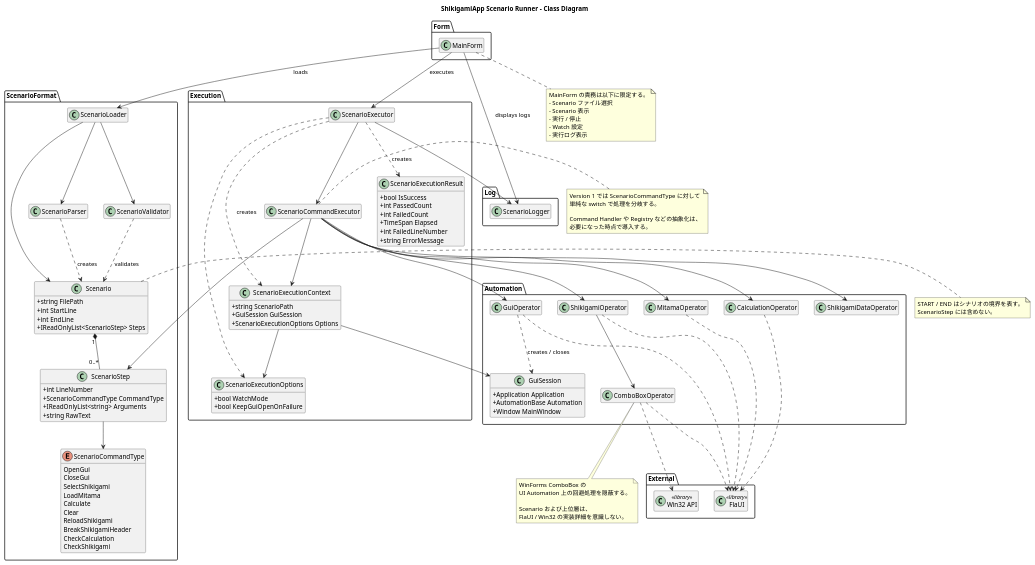
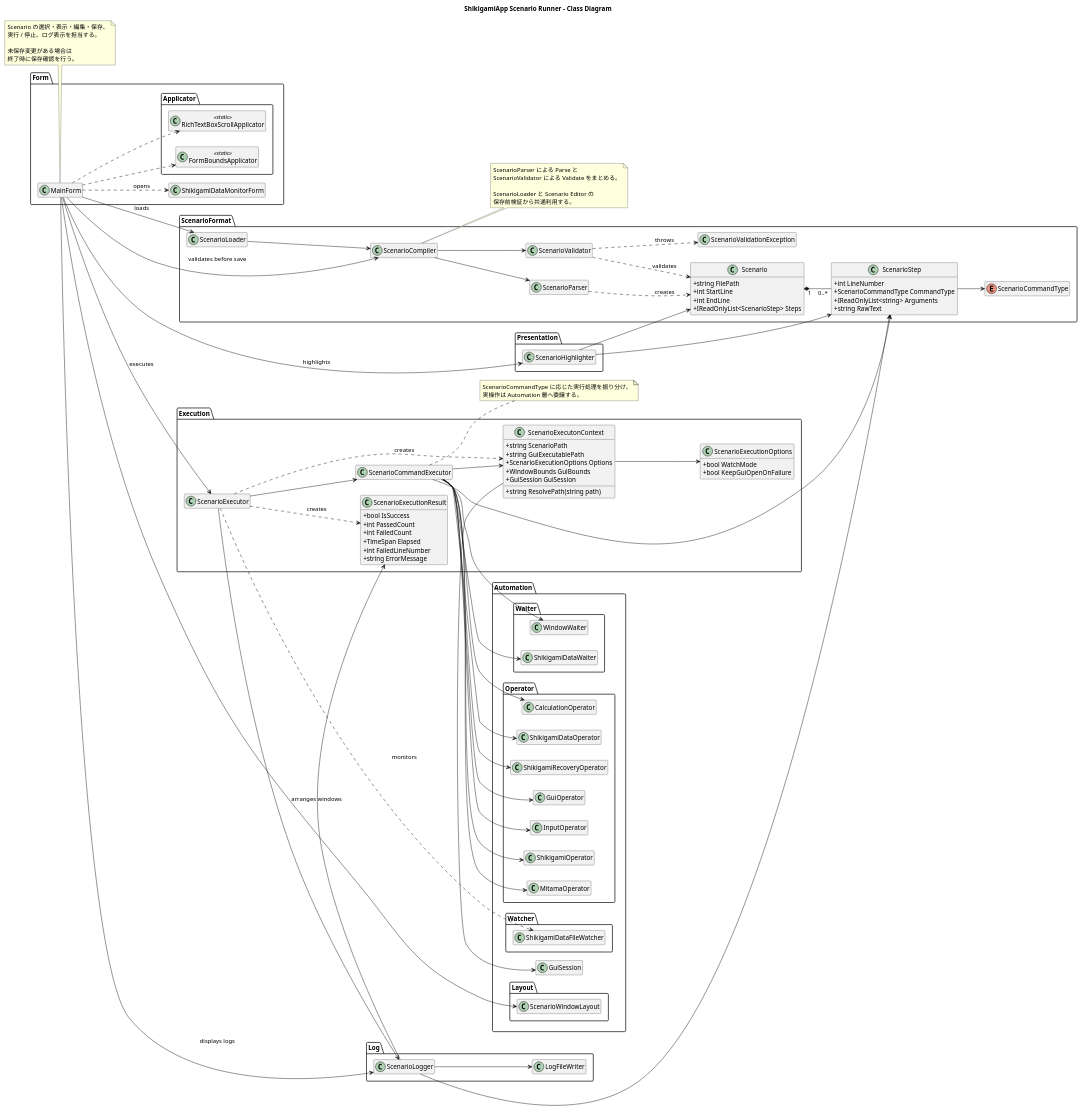
Before and after one commit to Staraptor0398/ShikigamiStatusCalculator: the diagram in Document/ScenarioRunner/Diagram/class_diagram.wsd, drawn with PlantUML. The commit also changed 3 other files, not shown here.

Commit message:
Split Scenario Runner class diagrams

```diff
--- a/Document/ScenarioRunner/Diagram/class_diagram.wsd
+++ b/Document/ScenarioRunner/Diagram/class_diagram.wsd
@@ -1,176 +1,189 @@
 @startuml
 
 title ShikigamiApp Scenario Runner - Class Diagram
 
 skinparam classAttributeIconSize 0
 hide empty members
+left to right direction
 
 package "Form" {
-   class MainForm
+class MainForm
+class ShikigamiDataMonitorForm
+
+package "Applicator" {
+class FormBoundsApplicator <<static>>
+class RichTextBoxScrollApplicator <<static>>
+}
 }
 
 package "ScenarioFormat" {
-   class Scenario {
-       + string FilePath
-       + int StartLine
-       + int EndLine
-       + IReadOnlyList<ScenarioStep> Steps
-   }
-   class ScenarioStep {
-       + int LineNumber
-       + ScenarioCommandType CommandType
-       + IReadOnlyList<string> Arguments
-       + string RawText
-   }
-   enum ScenarioCommandType {
-       OpenGui
-       CloseGui
-       SelectShikigami
-       LoadMitama
-       Calculate
-       Clear
-       ReloadShikigami
-       BreakShikigamiHeader
-       CheckCalculation
-       CheckShikigami
-   }
-   class ScenarioLoader
-   class ScenarioParser
-   class ScenarioValidator
+class Scenario {
++ string FilePath
++ int StartLine
++ int EndLine
++ IReadOnlyList<ScenarioStep> Steps
+}
+
+class ScenarioStep {
++ int LineNumber
++ ScenarioCommandType CommandType
++ IReadOnlyList<string> Arguments
++ string RawText
+}
+
+enum ScenarioCommandType
+
+class ScenarioLoader
+class ScenarioCompiler
+class ScenarioParser
+class ScenarioValidator
+class ScenarioValidationException
 }
 
 package "Execution" {
-   class ScenarioExecutor
-   class ScenarioCommandExecutor
-   class ScenarioExecutionContext {
-       + string ScenarioPath
-       + GuiSession GuiSession
-       + ScenarioExecutionOptions Options
-   }
-   class ScenarioExecutionOptions {
-       + bool WatchMode
-       + bool KeepGuiOpenOnFailure
-   }
-   class ScenarioExecutionResult {
-       + bool IsSuccess
-       + int PassedCount
-       + int FailedCount
-       + TimeSpan Elapsed
-       + int FailedLineNumber
-       + string ErrorMessage
-   }
+class ScenarioExecutor
+class ScenarioCommandExecutor
+
+class ScenarioExecutonContext {
++ string ScenarioPath
++ string GuiExecutablePath
++ ScenarioExecutionOptions Options
++ WindowBounds GuiBounds
++ GuiSession GuiSession
++ string ResolvePath(string path)
+}
+
+class ScenarioExecutionOptions {
++ bool WatchMode
++ bool KeepGuiOpenOnFailure
+}
+
+class ScenarioExecutionResult {
++ bool IsSuccess
++ int PassedCount
++ int FailedCount
++ TimeSpan Elapsed
++ int FailedLineNumber
++ string ErrorMessage
+}
 }
 
 package "Automation" {
-   class GuiSession {
-       + Application Application
-       + AutomationBase Automation
-       + Window MainWindow
-   }
-   class GuiOperator
-   class ShikigamiOperator
-   class MitamaOperator
-   class CalculationOperator
-   class ShikigamiDataOperator
-   class ComboBoxOperator
+class GuiSession
+
+package "Layout" {
+class ScenarioWindowLayout
+}
+
+package "Operator" {
+class GuiOperator
+class InputOperator
+class ShikigamiOperator
+class MitamaOperator
+class CalculationOperator
+class ShikigamiDataOperator
+class ShikigamiRecoveryOperator
+}
+
+package "Waiter" {
+class WindowWaiter
+class ShikigamiDataWaiter
+}
+
+package "Watcher" {
+class ShikigamiDataFileWatcher
+}
+}
+
+package "Presentation" {
+class ScenarioHighlighter
 }
 
 package "Log" {
-   class ScenarioLogger
-}
-
-package "External" {
-   class "FlaUI" as FlaUI <<library>>
-   class "Win32 API" as Win32 <<library>>
+class ScenarioLogger
+class LogFileWriter
 }
 
 ' ========================================
 ' Form
 ' ========================================
 MainForm --> ScenarioLoader : loads
+MainForm --> ScenarioCompiler : validates before save
 MainForm --> ScenarioExecutor : executes
 MainForm --> ScenarioLogger : displays logs
+MainForm --> ScenarioHighlighter : highlights
+MainForm --> ScenarioWindowLayout : arranges windows
+MainForm ..> FormBoundsApplicator
+MainForm ..> RichTextBoxScrollApplicator
+MainForm ..> ShikigamiDataMonitorForm : opens
 
 ' ========================================
-' Scenario
+' ScenarioFormat
 ' ========================================
-ScenarioLoader --> ScenarioParser
-ScenarioLoader --> ScenarioValidator
-ScenarioLoader --> Scenario
+ScenarioLoader --> ScenarioCompiler
+ScenarioCompiler --> ScenarioParser
+ScenarioCompiler --> ScenarioValidator
 
 Scenario "1" *-- "0..*" ScenarioStep
 ScenarioStep --> ScenarioCommandType
 
 ScenarioParser ..> Scenario : creates
 ScenarioValidator ..> Scenario : validates
+ScenarioValidator ..> ScenarioValidationException : throws
 
 ' ========================================
 ' Execution
 ' ========================================
 ScenarioExecutor --> ScenarioCommandExecutor
 ScenarioExecutor --> ScenarioLogger
-ScenarioExecutor ..> ScenarioExecutionContext : creates
+ScenarioExecutor ..> ScenarioExecutonContext : creates
 ScenarioExecutor ..> ScenarioExecutionResult : creates
-ScenarioExecutor ..> ScenarioExecutionOptions
+ScenarioExecutor ..> ShikigamiDataFileWatcher : monitors
 
 ScenarioCommandExecutor --> ScenarioStep
-ScenarioCommandExecutor --> ScenarioExecutionContext
-
-ScenarioExecutionContext --> GuiSession
-ScenarioExecutionContext --> ScenarioExecutionOptions
-
-' ========================================
-' Command -> Operator
-' ========================================
+ScenarioCommandExecutor --> ScenarioExecutonContext
 ScenarioCommandExecutor --> GuiOperator
+ScenarioCommandExecutor --> InputOperator
 ScenarioCommandExecutor --> ShikigamiOperator
 ScenarioCommandExecutor --> MitamaOperator
 ScenarioCommandExecutor --> CalculationOperator
 ScenarioCommandExecutor --> ShikigamiDataOperator
+ScenarioCommandExecutor --> ShikigamiRecoveryOperator
+ScenarioCommandExecutor --> WindowWaiter
+ScenarioCommandExecutor --> ShikigamiDataWaiter
+
+ScenarioExecutonContext --> GuiSession
+ScenarioExecutonContext --> ScenarioExecutionOptions
 
 ' ========================================
-' Automation
+' Presentation / Log
 ' ========================================
-GuiOperator ..> GuiSession : creates / closes
+ScenarioHighlighter --> Scenario
+ScenarioHighlighter --> ScenarioStep
 
-ShikigamiOperator --> ComboBoxOperator
+ScenarioLogger --> LogFileWriter
+ScenarioLogger --> ScenarioStep
+ScenarioLogger --> ScenarioExecutionResult
 
-GuiOperator ..> FlaUI
-ShikigamiOperator ..> FlaUI
-MitamaOperator ..> FlaUI
-CalculationOperator ..> FlaUI
-ComboBoxOperator ..> FlaUI
+note right of ScenarioCompiler
+ScenarioParser による Parse と
+ScenarioValidator による Validate をまとめる。
 
-ComboBoxOperator ..> Win32
+ScenarioLoader と Scenario Editor の
+保存前検証から共通利用する。
+end note
 
-note right of Scenario
-START / END はシナリオの境界を表す。
-ScenarioStep には含めない。
+note bottom of MainForm
+Scenario の選択・表示・編集・保存、
+実行 / 停止、ログ表示を担当する。
+
+未保存変更がある場合は
+終了時に保存確認を行う。
 end note
 
 note right of ScenarioCommandExecutor
-Version 1 では ScenarioCommandType に対して
-単純な switch で処理を分岐する。
-
-Command Handler や Registry などの抽象化は、
-必要になった時点で導入する。
-end note
-
-note bottom of ComboBoxOperator
-WinForms ComboBox の
-UI Automation 上の回避処理を隠蔽する。
-
-Scenario および上位層は、
-FlaUI / Win32 の実装詳細を意識しない。
-end note
-
-note bottom of MainForm
-MainForm の責務は以下に限定する。
-- Scenario ファイル選択
-- Scenario 表示
-- 実行 / 停止
-- Watch 設定
-- 実行ログ表示
+ScenarioCommandType に応じた実行処理を振り分け、
+実操作は Automation 層へ委譲する。
 end note
 
 @enduml
```
